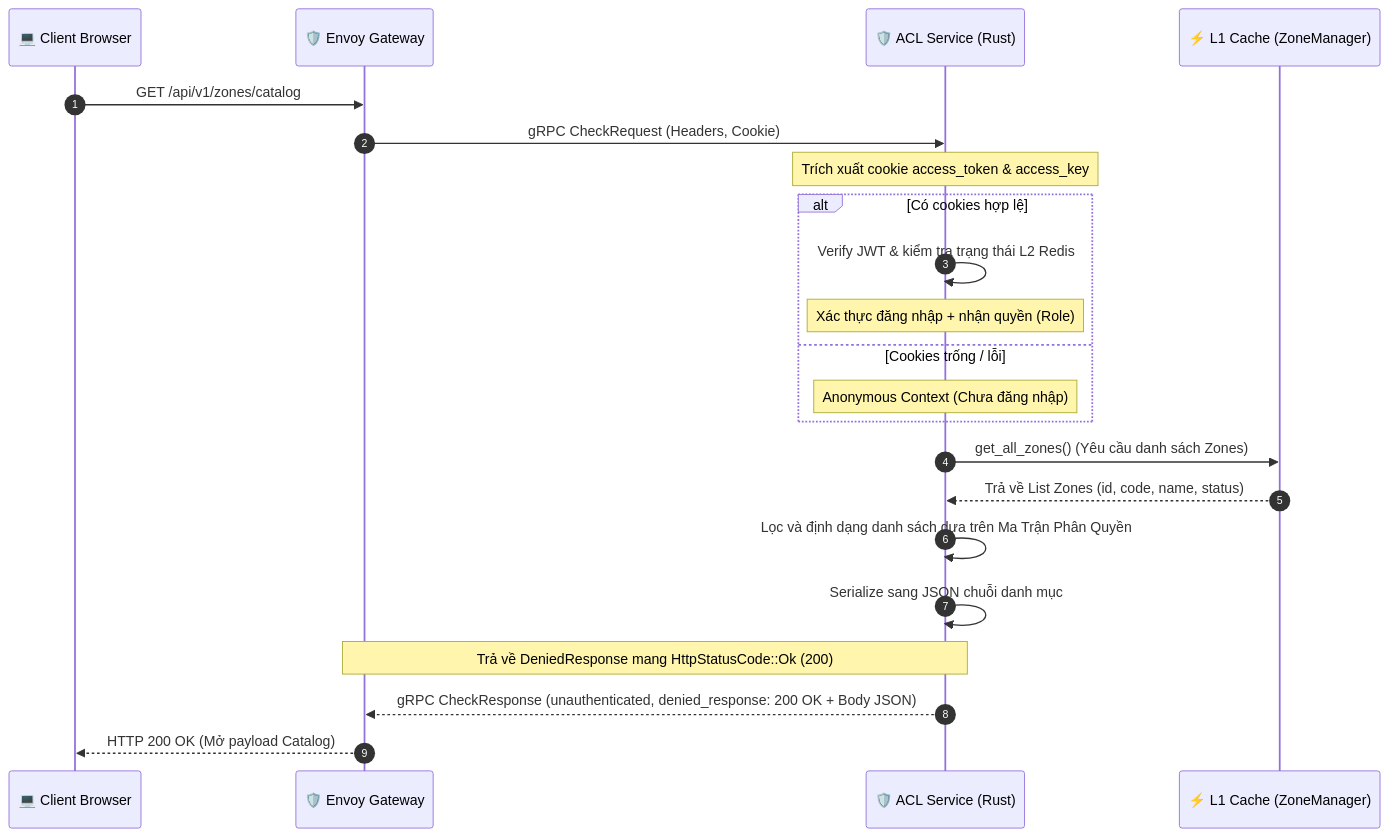
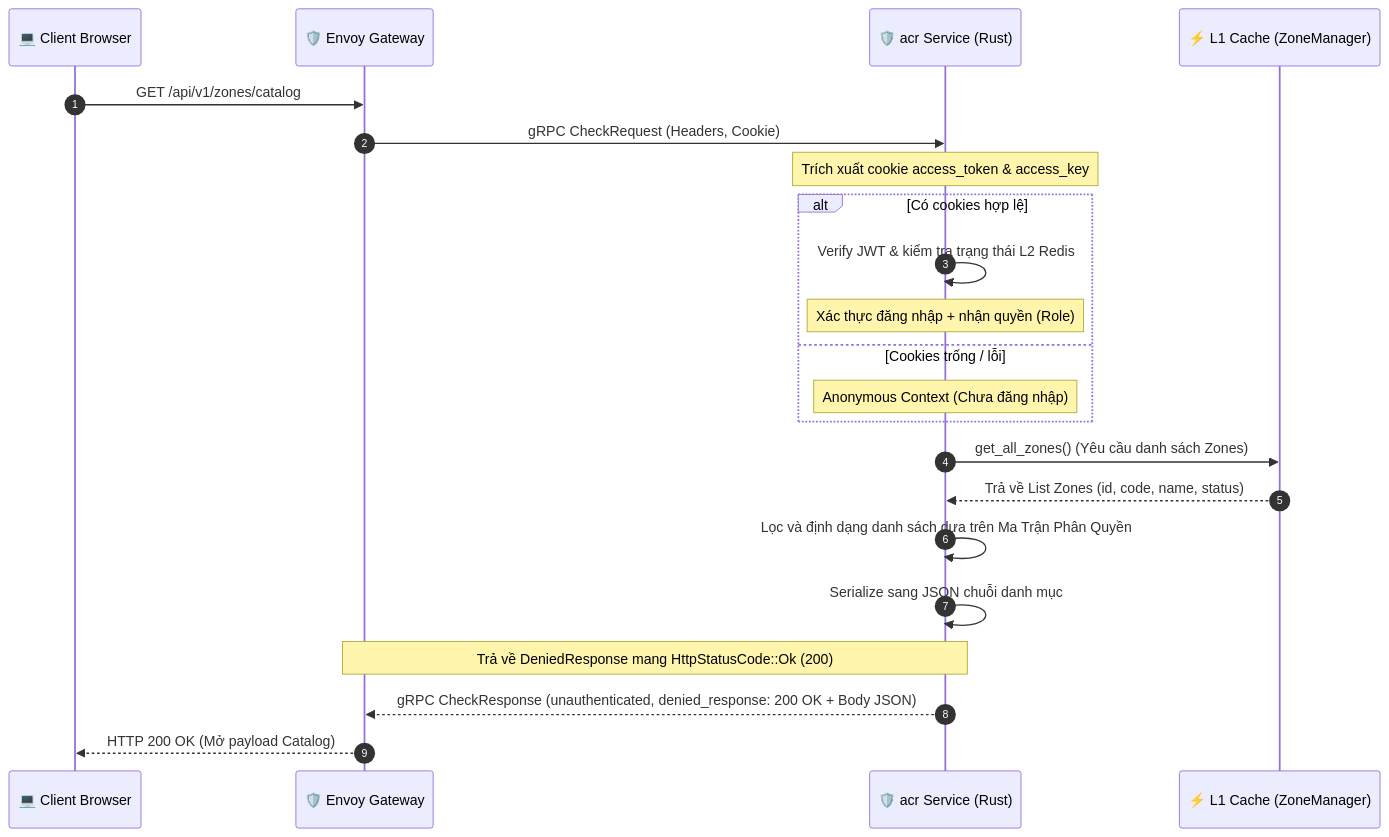
One commit to phucle996/aurora changed the second of 3 diagrams in god_view/iam/zone_catalog_matrix_god_view_workflow.md. Above: the diagram before and after it, drawn with Mermaid. The commit also changed other lines of this file and 72 other files, not shown here.

````diff
--- a/god_view/iam/zone_catalog_matrix_god_view_workflow.md
+++ b/god_view/iam/zone_catalog_matrix_god_view_workflow.md
@@ -87,29 +87,29 @@
 ```mermaid
 sequenceDiagram
     autonumber
     participant UI as 💻 Client Browser
     participant Envoy as 🛡️ Envoy Gateway
-    participant ACL as 🛡️ ACL Service (Rust)
+    participant acr as 🛡️ acr Service (Rust)
     participant L1 as ⚡ L1 Cache (ZoneManager)
 
     UI->>Envoy: GET /api/v1/zones/catalog
-    Envoy->>ACL: gRPC CheckRequest (Headers, Cookie)
+    Envoy->>acr: gRPC CheckRequest (Headers, Cookie)
     
-    Note over ACL: Trích xuất cookie access_token & access_key
+    Note over acr: Trích xuất cookie access_token & access_key
     alt Có cookies hợp lệ
-        ACL->>ACL: Verify JWT & kiểm tra trạng thái L2 Redis
-        Note over ACL: Xác thực đăng nhập + nhận quyền (Role)
+        acr->>acr: Verify JWT & kiểm tra trạng thái L2 Redis
+        Note over acr: Xác thực đăng nhập + nhận quyền (Role)
     else Cookies trống / lỗi
-        Note over ACL: Anonymous Context (Chưa đăng nhập)
+        Note over acr: Anonymous Context (Chưa đăng nhập)
     end
     
-    ACL->>L1: get_all_zones() (Yêu cầu danh sách Zones)
-    L1-->>ACL: Trả về List Zones (id, code, name, status)
+    acr->>L1: get_all_zones() (Yêu cầu danh sách Zones)
+    L1-->>acr: Trả về List Zones (id, code, name, status)
     
-    ACL->>ACL: Lọc và định dạng danh sách dựa trên Ma Trận Phân Quyền
-    ACL->>ACL: Serialize sang JSON chuỗi danh mục
+    acr->>acr: Lọc và định dạng danh sách dựa trên Ma Trận Phân Quyền
+    acr->>acr: Serialize sang JSON chuỗi danh mục
     
-    Note over ACL,Envoy: Trả về DeniedResponse mang HttpStatusCode::Ok (200)
-    ACL-->>Envoy: gRPC CheckResponse (unauthenticated, denied_response: 200 OK + Body JSON)
+    Note over acr,Envoy: Trả về DeniedResponse mang HttpStatusCode::Ok (200)
+    acr-->>Envoy: gRPC CheckResponse (unauthenticated, denied_response: 200 OK + Body JSON)
     Envoy-->>UI: HTTP 200 OK (Mở payload Catalog)
 ```
````
